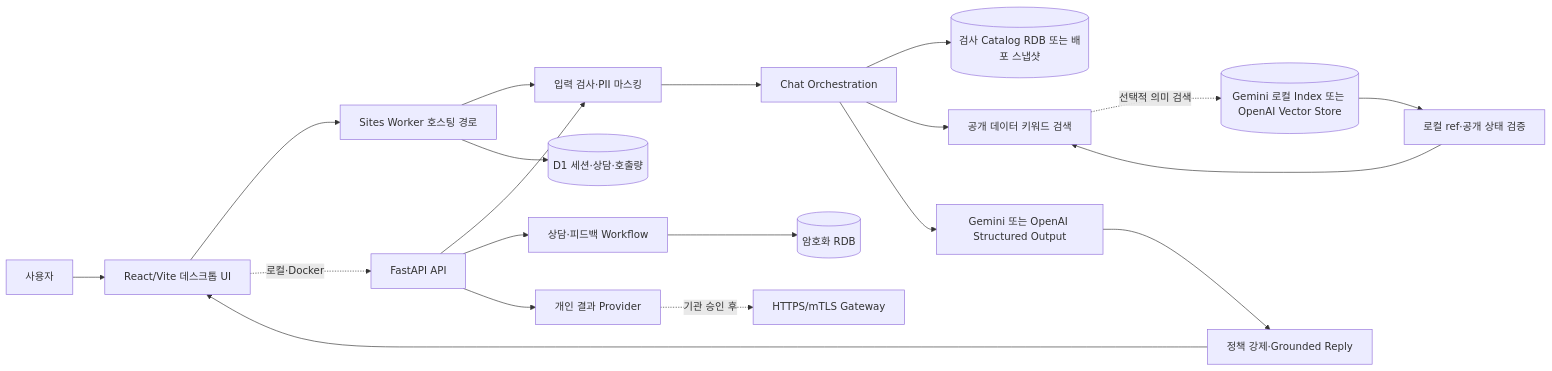
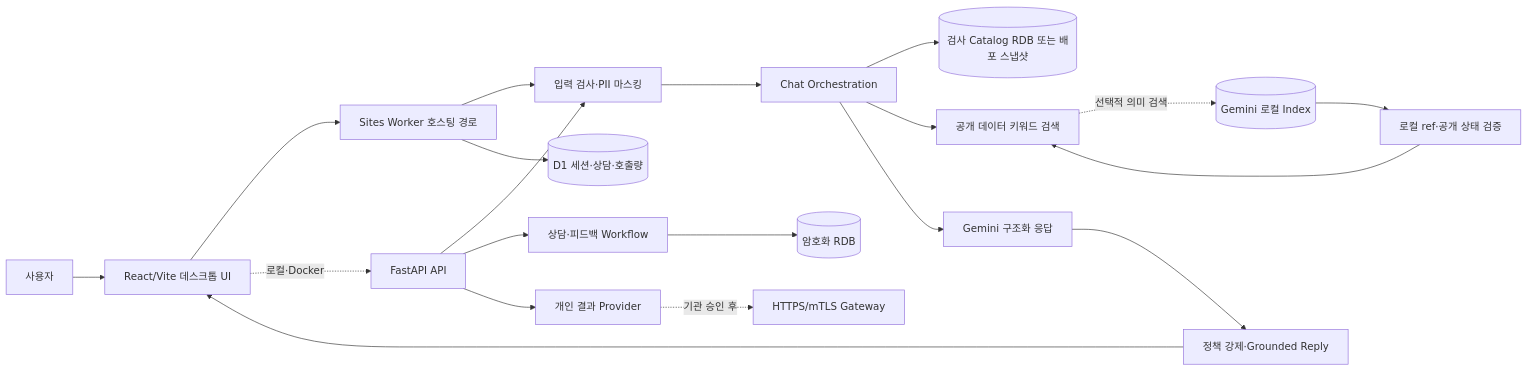
The diagram in docs/architecture.md (choichanwoo001/scl_chatbot), drawn with Mermaid before and after one commit. The commit also changed other lines of this file and 64 other files, not shown here.

````diff
--- a/docs/architecture.md
+++ b/docs/architecture.md
@@ -13,22 +13,22 @@
 ```mermaid
 flowchart LR
     U[사용자] --> F[React/Vite 데스크톱 UI]
     F --> S[Sites Worker 호스팅 경로]
     F -. 로컬·Docker .-> A[FastAPI API]
     S --> G[입력 검사·PII 마스킹]
     A --> G
     G --> O[Chat Orchestration]
     O --> C[(검사 Catalog RDB 또는 배포 스냅샷)]
     O --> P[공개 데이터 키워드 검색]
-    P -. 선택적 의미 검색 .-> V[(Gemini 로컬 Index 또는 OpenAI Vector Store)]
+    P -. 선택적 의미 검색 .-> V[(Gemini 로컬 Index)]
     V --> T[로컬 ref·공개 상태 검증]
     T --> P
-    O --> M[Gemini 또는 OpenAI Structured Output]
+    O --> M[Gemini 구조화 응답]
     M --> B[정책 강제·Grounded Reply]
     B --> F
     S --> D[(D1 세션·상담·호출량)]
     A --> W[상담·피드백 Workflow]
     W --> E[(암호화 RDB)]
     A --> X[개인 결과 Provider]
     X -. 기관 승인 후 .-> H[HTTPS/mTLS Gateway]
 ```
````
